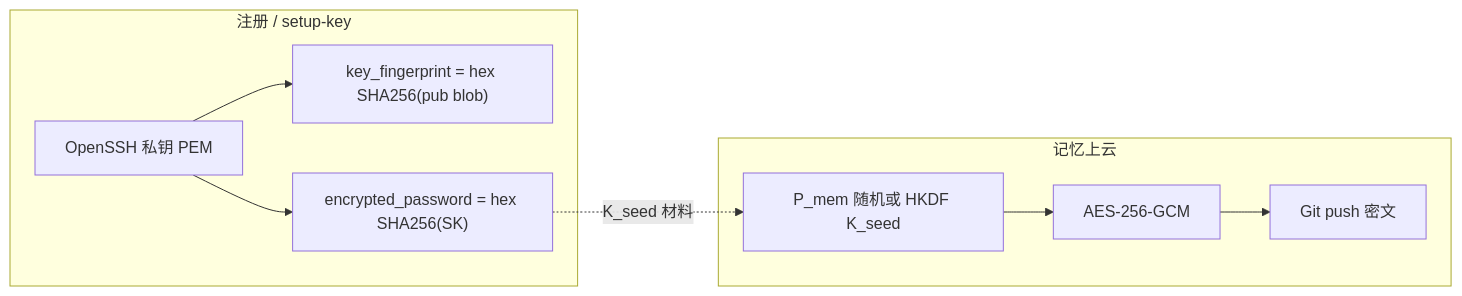
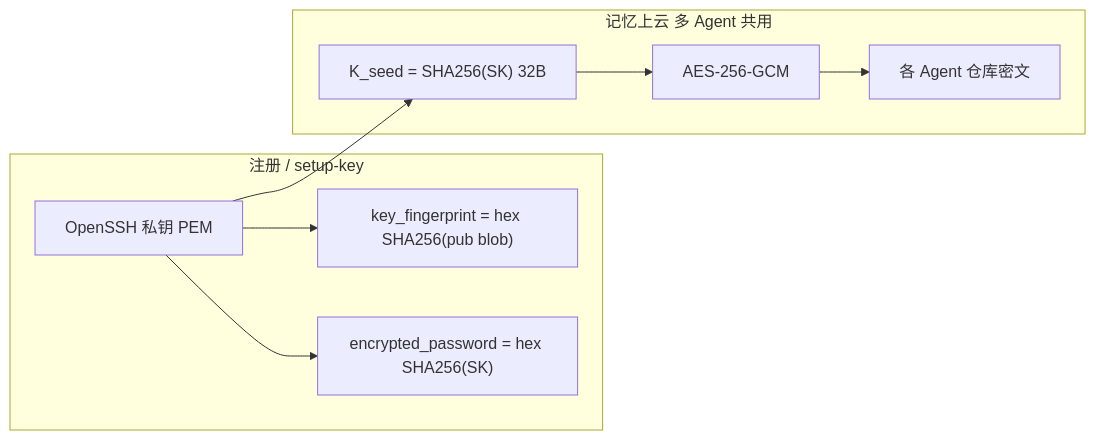
Before and after one commit to mindmemory-ai/mindmemory-client: the diagram in docs/mindmemory-client-设计.md, drawn with Mermaid. The commit also changed other lines of this file and 1 other file, not shown here.

First line of the commit message:
docs: §11 定稿记忆密钥=私钥哈希(K_seed)，跨 Agent 统一；同步 TODO

````diff
--- a/docs/mindmemory-client-设计.md
+++ b/docs/mindmemory-client-设计.md
@@ -339,18 +337,18 @@
 ```mermaid
 flowchart LR
   subgraph reg["注册 / setup-key"]
     SK[OpenSSH 私钥 PEM]
     FP["key_fingerprint = hex SHA256(pub blob)"]
     EP["encrypted_password = hex SHA256(SK)"]
     SK --> FP
     SK --> EP
   end
-  subgraph mem["记忆上云"]
-    Pmem["P_mem 随机或 HKDF K_seed"]
+  subgraph mem["记忆上云 多 Agent 共用"]
+    Kseed["K_seed = SHA256(SK) 32B"]
     AES["AES-256-GCM"]
-    Git["Git push 密文"]
-    Pmem --> AES
+    Git["各 Agent 仓库密文"]
+    Kseed --> AES
     AES --> Git
   end
-  EP -.->|"K_seed 材料"| Pmem
+  SK --> Kseed
 ```
````
